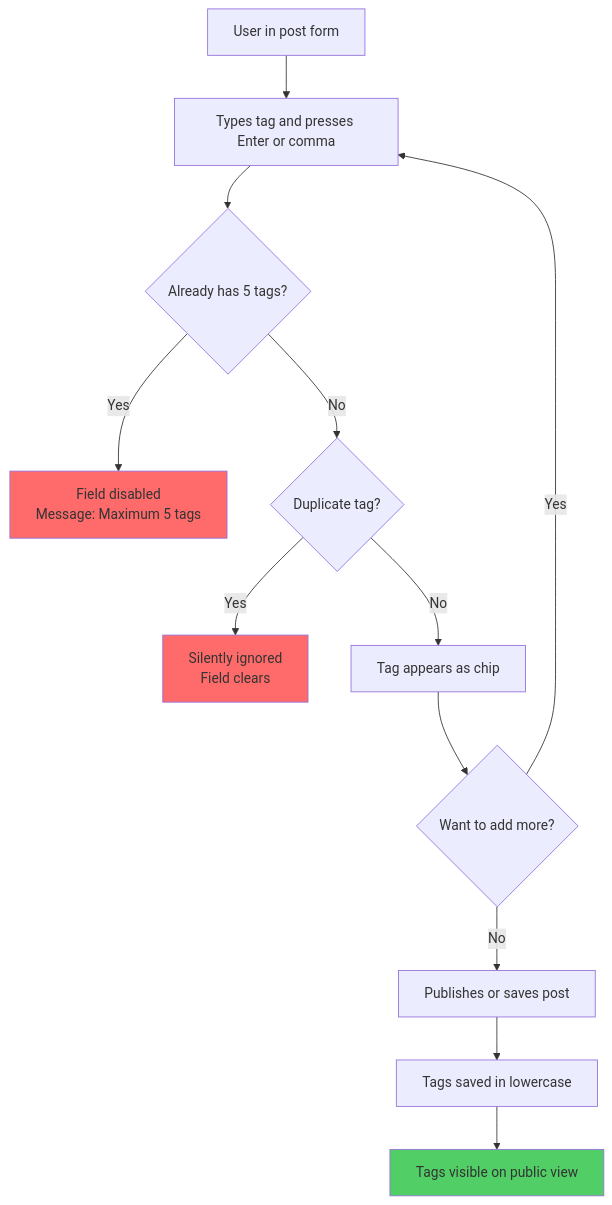
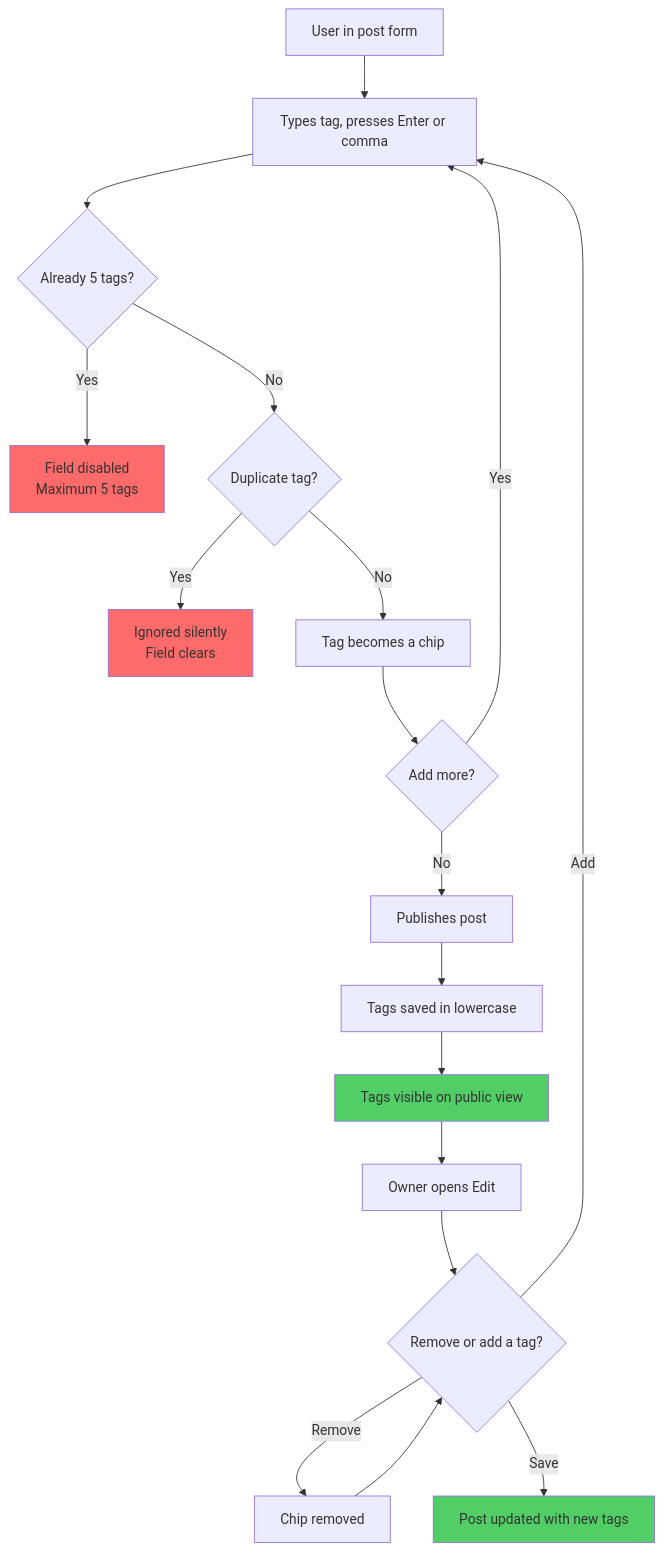
Before and after one commit to SebasWilde/SpecOs: the diagram in examples/feature-tags/outputs/confluence-flows.md, drawn with Mermaid. The commit also changed other lines of this file and 66 other files, not shown here.

````diff
--- a/examples/feature-tags/outputs/confluence-flows.md
+++ b/examples/feature-tags/outputs/confluence-flows.md
@@ -7,18 +7,25 @@
 ```mermaid
 flowchart TD
-    A[User in post form] --> B[Types tag and presses Enter or comma]
-    B --> C{Already has 5 tags?}
-    C -- Yes --> D[Field disabled\nMessage: Maximum 5 tags]
+    A[User in post form] --> B[Types tag, presses Enter or comma]
+    B --> C{Already 5 tags?}
+    C -- Yes --> D[Field disabled\nMaximum 5 tags]
     C -- No --> E{Duplicate tag?}
-    E -- Yes --> F[Silently ignored\nField clears]
-    E -- No --> G[Tag appears as chip]
-    G --> H{Want to add more?}
+    E -- Yes --> F[Ignored silently\nField clears]
+    E -- No --> G[Tag becomes a chip]
+    G --> H{Add more?}
     H -- Yes --> B
-    H -- No --> I[Publishes or saves post]
+    H -- No --> I[Publishes post]
     I --> J[Tags saved in lowercase]
     J --> K[Tags visible on public view]
+    K --> L[Owner opens Edit]
+    L --> M{Remove or add a tag?}
+    M -- Remove --> N[Chip removed]
+    N --> M
+    M -- Add --> B
+    M -- Save --> O[Post updated with new tags]
 
 style D fill:#ff6b6b
 style F fill:#ff6b6b
 style K fill:#51cf66
+style O fill:#51cf66
 ```
````
